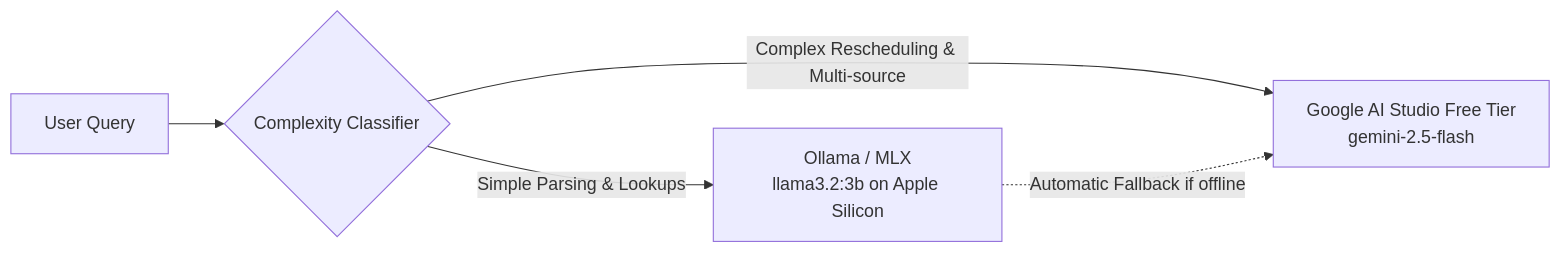
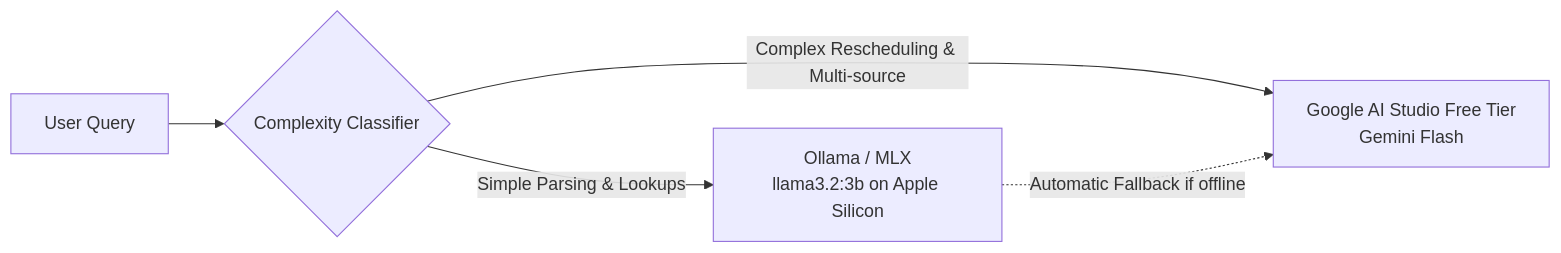
The second of 2 diagrams in README.md (aaravdixit1/life-ops-assistant), drawn with Mermaid before and after one commit. The commit also changed other lines of this file, not shown here.

````diff
--- a/README.md
+++ b/README.md
@@ -336,7 +336,7 @@
 ```mermaid
 flowchart LR
     Query[User Query] --> Classify{Complexity Classifier}
     Classify -->|Simple Parsing & Lookups| Local[Ollama / MLX<br/>llama3.2:3b on Apple Silicon]
-    Classify -->|Complex Rescheduling & Multi-source| Gemini[Google AI Studio Free Tier<br/>gemini-2.5-flash]
+    Classify -->|Complex Rescheduling & Multi-source| Gemini[Google AI Studio Free Tier<br/>Gemini Flash]
     Local -.->|Automatic Fallback if offline| Gemini
 ```
````
